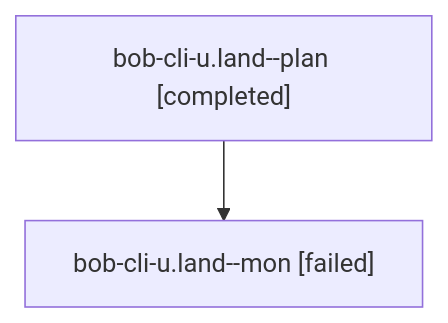
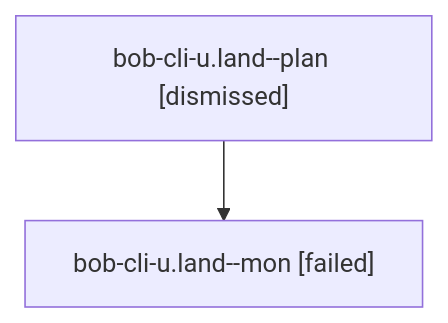
Before and after one commit to bobs-org/bob-cli--agents: the diagram in families/bbugyi200.athena.bob-cli-u.land.md, drawn with Mermaid. The commit also changed other lines of this file and 141 other files, not shown here.

````diff
--- a/families/bbugyi200.athena.bob-cli-u.land.md
+++ b/families/bbugyi200.athena.bob-cli-u.land.md
@@ -9,6 +9,6 @@
 ```mermaid
 flowchart TD
-  n0["bob-cli-u.land--plan [completed]"]
+  n0["bob-cli-u.land--plan [dismissed]"]
   n1["bob-cli-u.land--mon [failed]"]
   n0 --> n1
 ```
````
